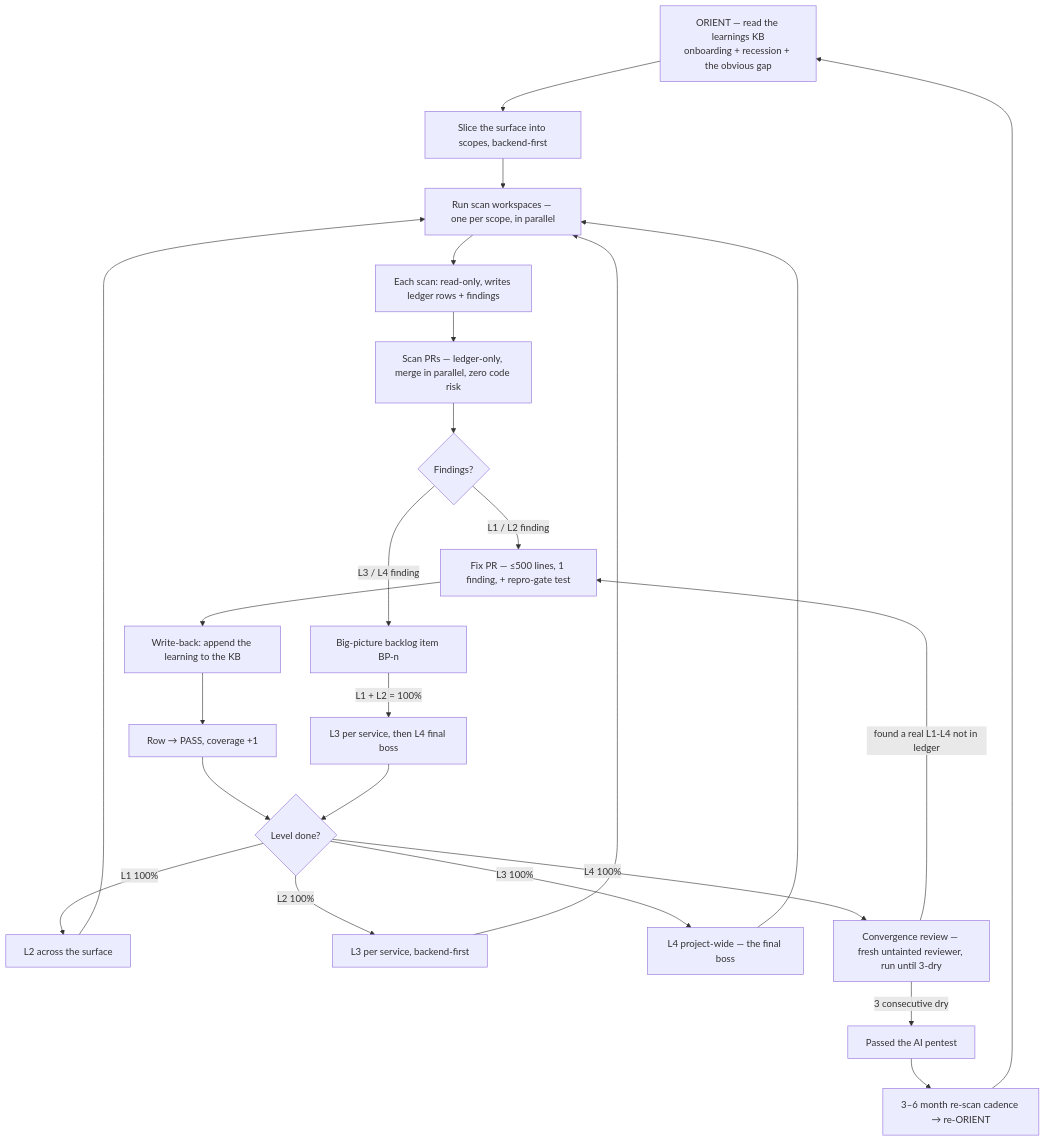
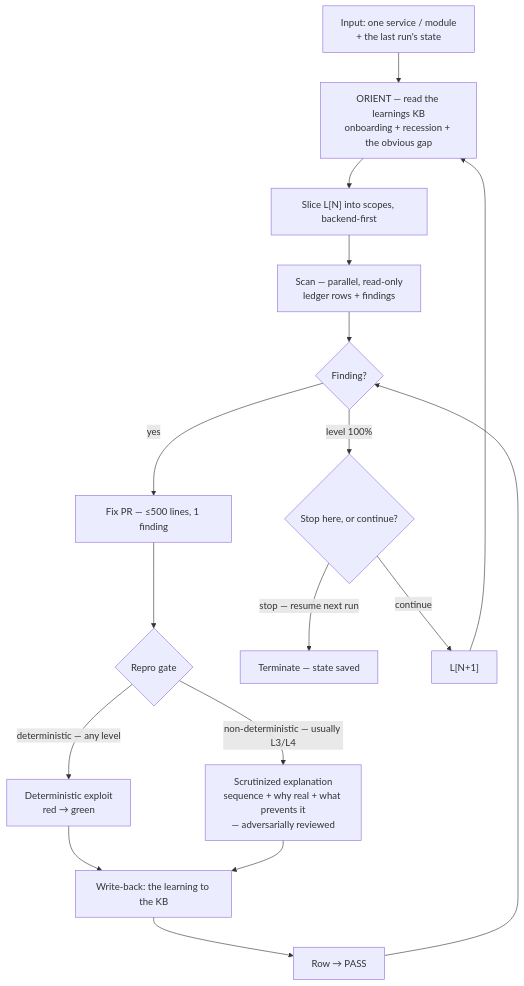
One commit to jacoby149/web10 changed the first of 2 diagrams in ai-pack/ai-security-theory/running-it/README.md. Above: the diagram before and after it, drawn with Mermaid. The commit also changed other lines of this file and 3 other files, not shown here.

First line of the commit message:
docs(ai-pack): tighten the security theory from the review pass

````diff
--- a/ai-pack/ai-security-theory/running-it/README.md
+++ b/ai-pack/ai-security-theory/running-it/README.md
@@ -12,26 +29,19 @@
 ```mermaid
 flowchart TD
-    O[ORIENT — read the learnings KB<br/>onboarding + recession + the obvious gap] --> A[Slice the surface into scopes, backend-first]
-    A --> B[Run scan workspaces — one per scope, in parallel]
-    B --> C[Each scan: read-only, writes ledger rows + findings]
-    C --> D[Scan PRs — ledger-only, merge in parallel, zero code risk]
-    D --> E{Findings?}
-    E -->|L1 / L2 finding| F[Fix PR — ≤500 lines, 1 finding, + repro-gate test]
-    E -->|L3 / L4 finding| G[Big-picture backlog item BP-n]
-    F --> W[Write-back: append the learning to the KB]
-    W --> H[Row → PASS, coverage +1]
-    G -->|L1 + L2 = 100%| I[L3 per service, then L4 final boss]
-    H --> J{Level done?}
-    I --> J
-    J -->|L1 100%| K[L2 across the surface]
-    J -->|L2 100%| M[L3 per service, backend-first]
-    J -->|L3 100%| P[L4 project-wide — the final boss]
-    J -->|L4 100%| CR[Convergence review — fresh untainted reviewer, run until 3-dry]
-    CR -->|found a real L1-L4 not in ledger| F
-    CR -->|3 consecutive dry| N[Passed the AI pentest]
-    K --> B
-    M --> B
-    P --> B
-    N --> O2[3–6 month re-scan cadence → re-ORIENT]
-    O2 --> O
+    IN["Input: one service / module<br/>+ the last run's state"] --> O["ORIENT — read the learnings KB<br/>onboarding + recession + the obvious gap"]
+    O --> A["Slice L[N] into scopes, backend-first"]
+    A --> B["Scan — parallel, read-only<br/>ledger rows + findings"]
+    B --> E{Finding?}
+    E -->|yes| F["Fix PR — ≤500 lines, 1 finding"]
+    F --> RG{Repro gate}
+    RG -->|deterministic — any level| X1["Deterministic exploit<br/>red → green"]
+    RG -->|non-deterministic — usually L3/L4| X2["Scrutinized explanation<br/>sequence + why real + what prevents it<br/>— adversarially reviewed"]
+    X1 --> W["Write-back: the learning to the KB"]
+    X2 --> W
+    W --> H["Row → PASS"]
+    H --> E
+    E -->|level 100%| STOP{"Stop here, or continue?"}
+    STOP -->|stop — resume next run| DONE["Terminate — state saved"]
+    STOP -->|continue| G["L[N+1]"]
+    G --> O
 ```
````
